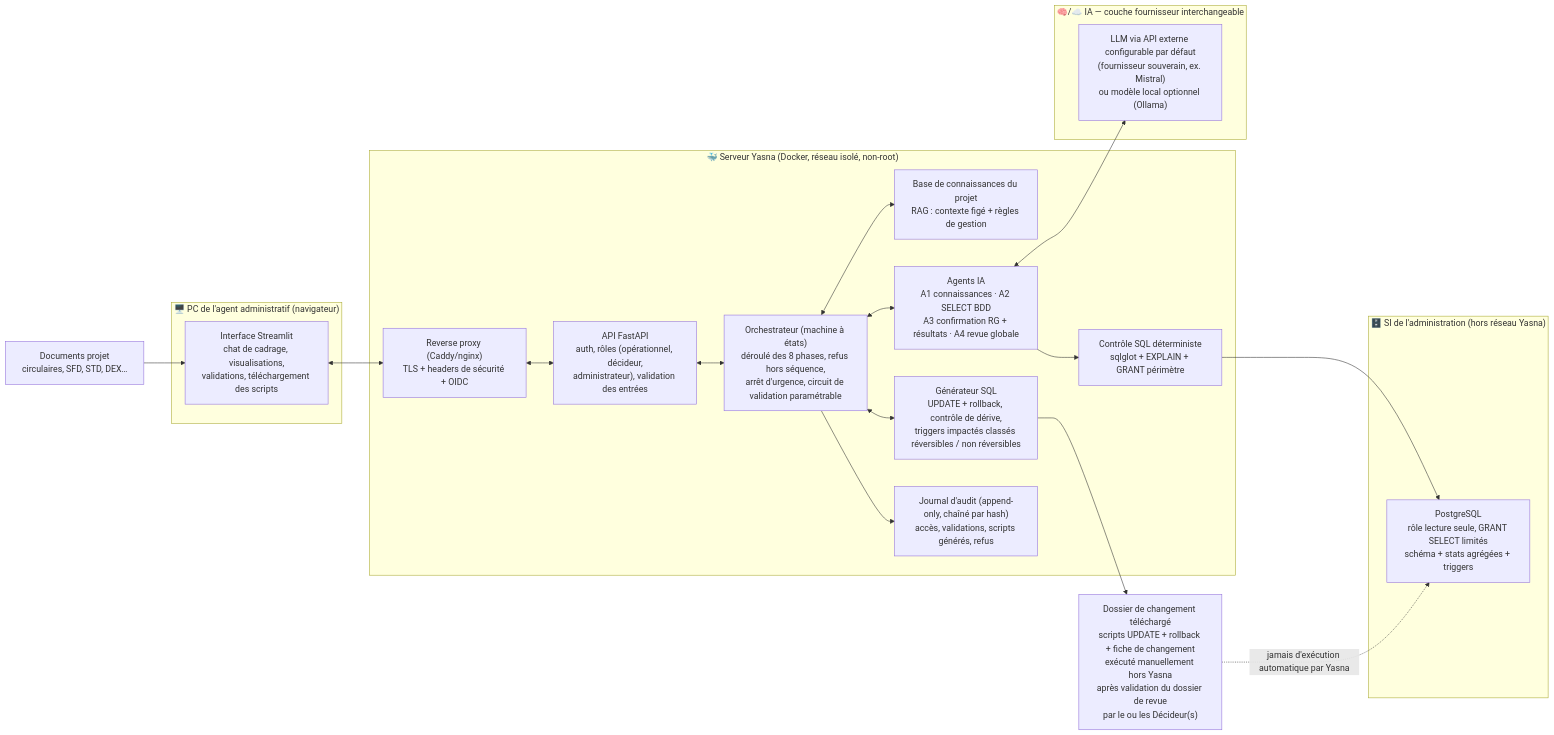
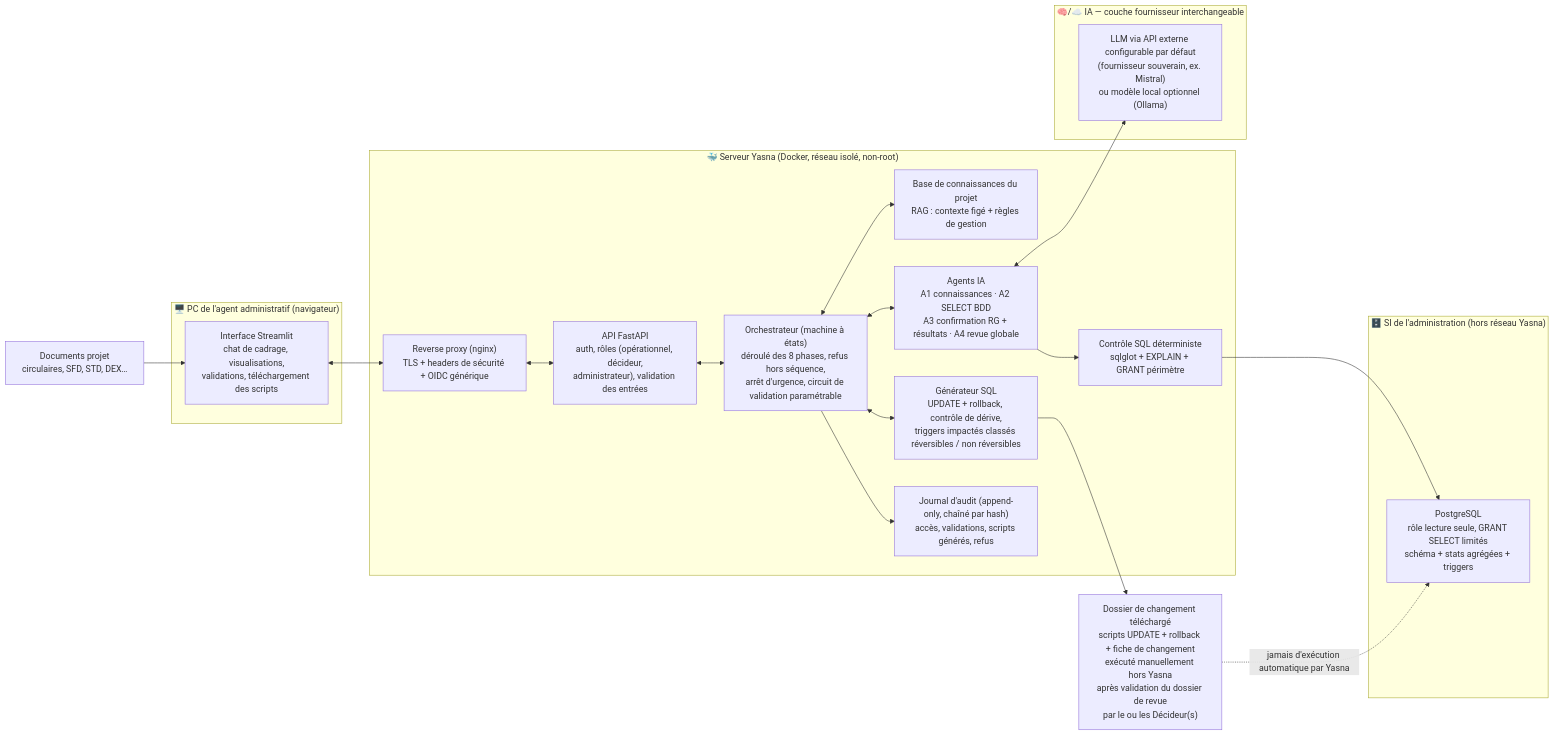
One commit to Choori279/Yasna changed the first of 5 diagrams in Yasna_Schemas_Parcours.md. Above: the diagram before and after it, drawn with Mermaid. The commit also changed other lines of this file and 5 other files, not shown here.

Commit message:
docs(H): decisions tranchees (EUPL-1.2, modeles par tache, retention RGPD, nginx, OIDC generique, derive 0, blind pipeline PoC)

````diff
--- a/Yasna_Schemas_Parcours.md
+++ b/Yasna_Schemas_Parcours.md
@@ -15,42 +15,42 @@
 ```mermaid
 flowchart LR
     subgraph PC["🖥️ PC de l'agent administratif (navigateur)"]
         UI["Interface Streamlit<br/>chat de cadrage, visualisations,<br/>validations, téléchargement des scripts"]
     end
 
     DOCS["Documents projet<br/>circulaires, SFD, STD, DEX…"]
 
     subgraph YASNA["🐳 Serveur Yasna (Docker, réseau isolé, non-root)"]
-        PROXY["Reverse proxy (Caddy/nginx)<br/>TLS + headers de sécurité + OIDC"]
+        PROXY["Reverse proxy (nginx)<br/>TLS + headers de sécurité + OIDC générique"]
         API["API FastAPI<br/>auth, rôles (opérationnel, décideur,<br/>administrateur), validation des entrées"]
         ORCH["Orchestrateur (machine à états)<br/>déroulé des 8 phases, refus hors séquence,<br/>arrêt d'urgence, circuit de validation paramétrable"]
         RAG["Base de connaissances du projet<br/>RAG : contexte figé + règles de gestion"]
         AGENTS["Agents IA<br/>A1 connaissances · A2 SELECT BDD<br/>A3 confirmation RG + résultats · A4 revue globale"]
         SQLCTRL["Contrôle SQL déterministe<br/>sqlglot + EXPLAIN + GRANT périmètre"]
         SQLGEN["Générateur SQL<br/>UPDATE + rollback, contrôle de dérive,<br/>triggers impactés classés réversibles / non réversibles"]
         AUDIT["Journal d'audit (append-only, chaîné par hash)<br/>accès, validations, scripts générés, refus"]
     end
 
     subgraph IAEXT["🧠/☁️ IA — couche fournisseur interchangeable"]
         LLMEXT["LLM via API externe configurable par défaut<br/>(fournisseur souverain, ex. Mistral)<br/>ou modèle local optionnel (Ollama)"]
     end
 
     subgraph BDD["🗄️ SI de l'administration (hors réseau Yasna)"]
         DB["PostgreSQL<br/>rôle lecture seule, GRANT SELECT limités<br/>schéma + stats agrégées + triggers"]
     end
 
     SCRIPT["Dossier de changement téléchargé<br/>scripts UPDATE + rollback + fiche de changement<br/>exécuté manuellement hors Yasna<br/>après validation du dossier de revue<br/>par le ou les Décideur(s)"]
 
     DOCS --> UI
     UI <--> PROXY <--> API
     API <--> ORCH
     ORCH <--> RAG
     ORCH <--> AGENTS
     AGENTS --> SQLCTRL
     SQLCTRL --> DB
     ORCH <--> SQLGEN
     ORCH --> AUDIT
     AGENTS <--> LLMEXT
     SQLGEN --> SCRIPT
     SCRIPT -. "jamais d'exécution automatique par Yasna" .-> DB
 ```
````
